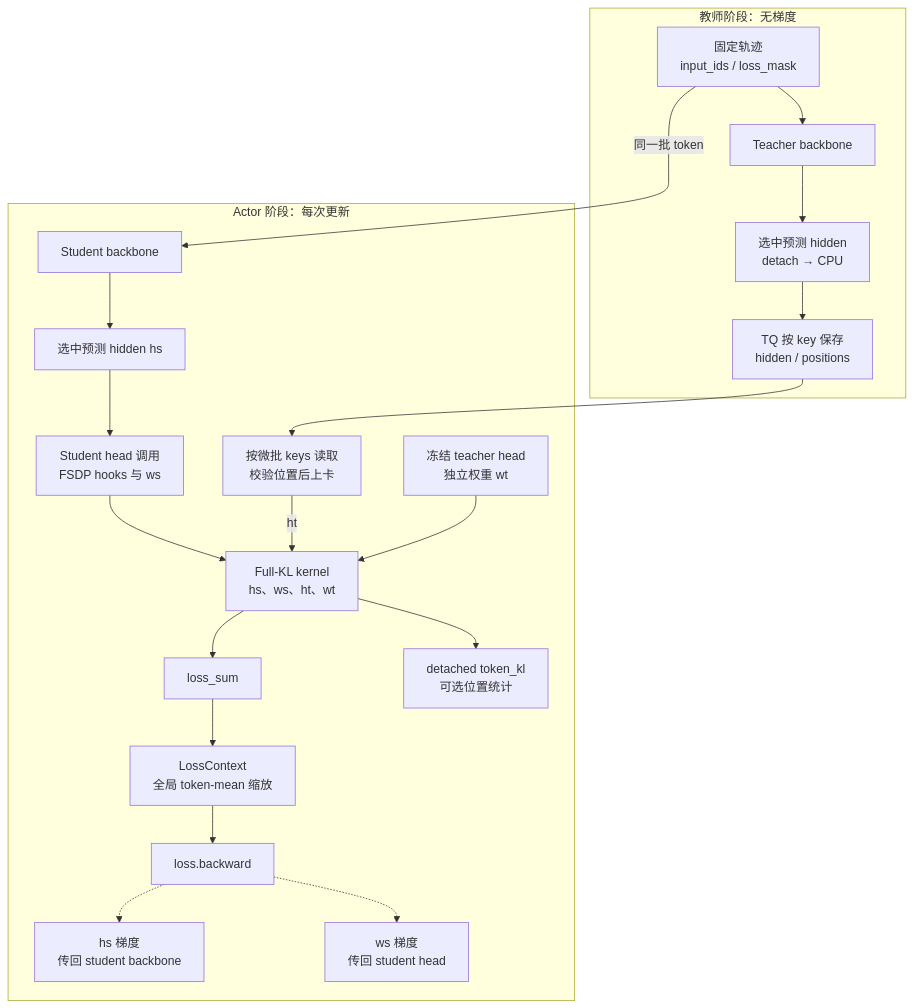
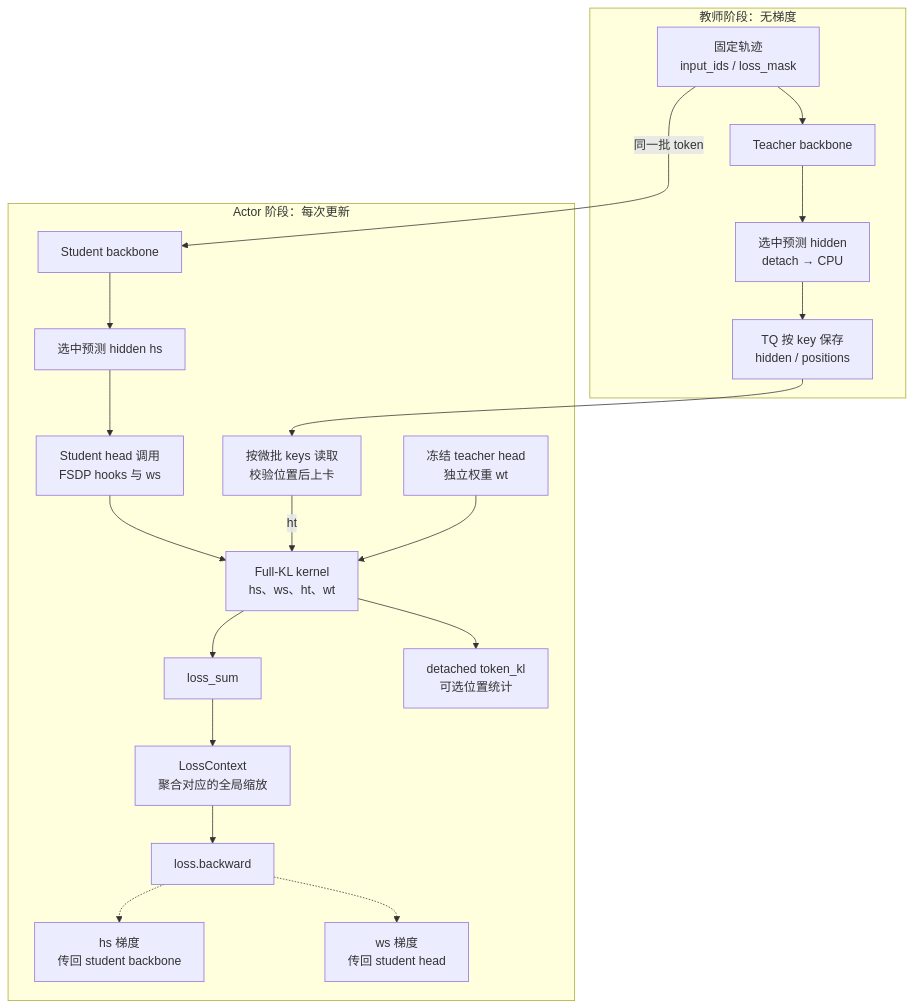
Before and after one commit to WncFht/MirrorOPD-verl: the diagram in examples/mirroropd/docs/infra/architecture/full-vocab.md, drawn with Mermaid. The commit also changed other lines of this file and 1 other file, not shown here.

````diff
--- a/examples/mirroropd/docs/infra/architecture/full-vocab.md
+++ b/examples/mirroropd/docs/infra/architecture/full-vocab.md
@@ -47,24 +97,24 @@
 ```mermaid
 flowchart TD
     subgraph TEACHER["教师阶段：无梯度"]
         X["固定轨迹<br/>input_ids / loss_mask"] --> TB["Teacher backbone"]
         TB --> HT["选中预测 hidden<br/>detach → CPU"]
         HT --> Q["TQ 按 key 保存<br/>hidden / positions"]
     end
     subgraph ACTOR["Actor 阶段：每次更新"]
         READ["按微批 keys 读取<br/>校验位置后上卡"]
         SB["Student backbone"] --> HS["选中预测 hidden hs"]
         HS --> HEAD["Student head 调用<br/>FSDP hooks 与 ws"]
         HEAD --> KL["Full-KL kernel<br/>hs、ws、ht、wt"]
         READ -->|ht| KL
         WT["冻结 teacher head<br/>独立权重 wt"] --> KL
         KL --> SUM["loss_sum"]
-        SUM --> N["LossContext<br/>全局 token-mean 缩放"]
+        SUM --> N["LossContext<br/>聚合对应的全局缩放"]
         N --> BW["loss.backward"]
         BW -.-> DH["hs 梯度<br/>传回 student backbone"]
         BW -.-> DW["ws 梯度<br/>传回 student head"]
         KL --> ROW["detached token_kl<br/>可选位置统计"]
     end
     Q --> READ
     X -->|同一批 token| SB
 ```
````
